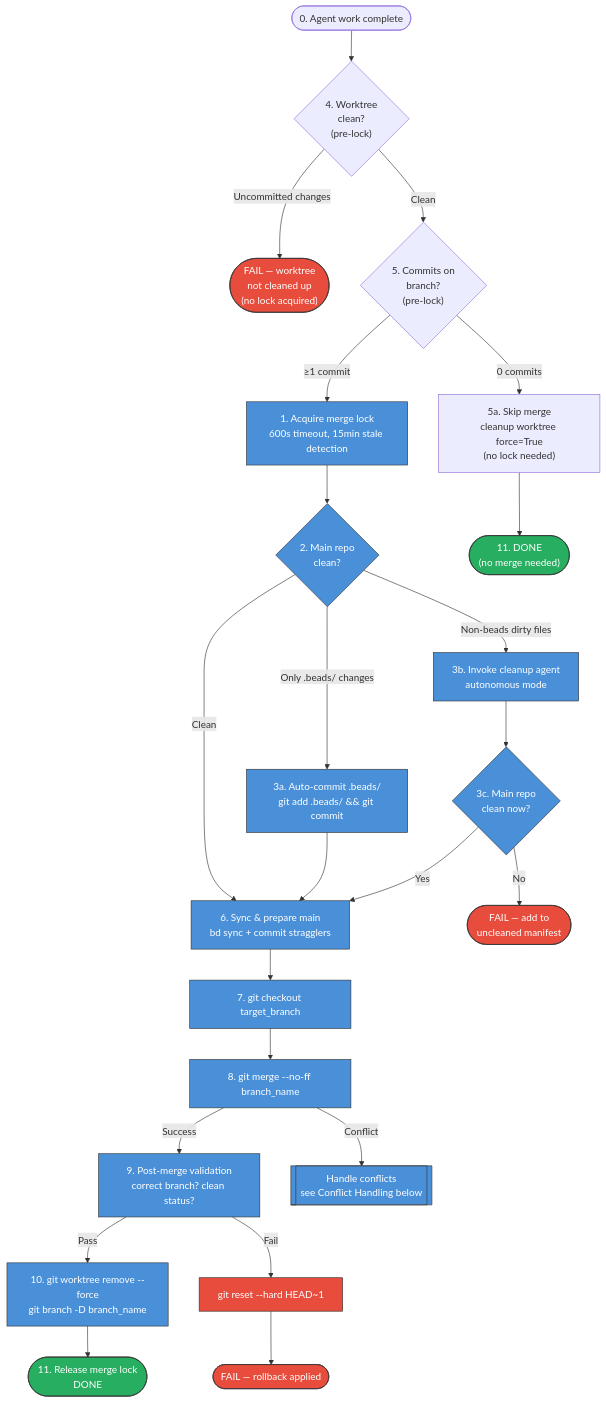
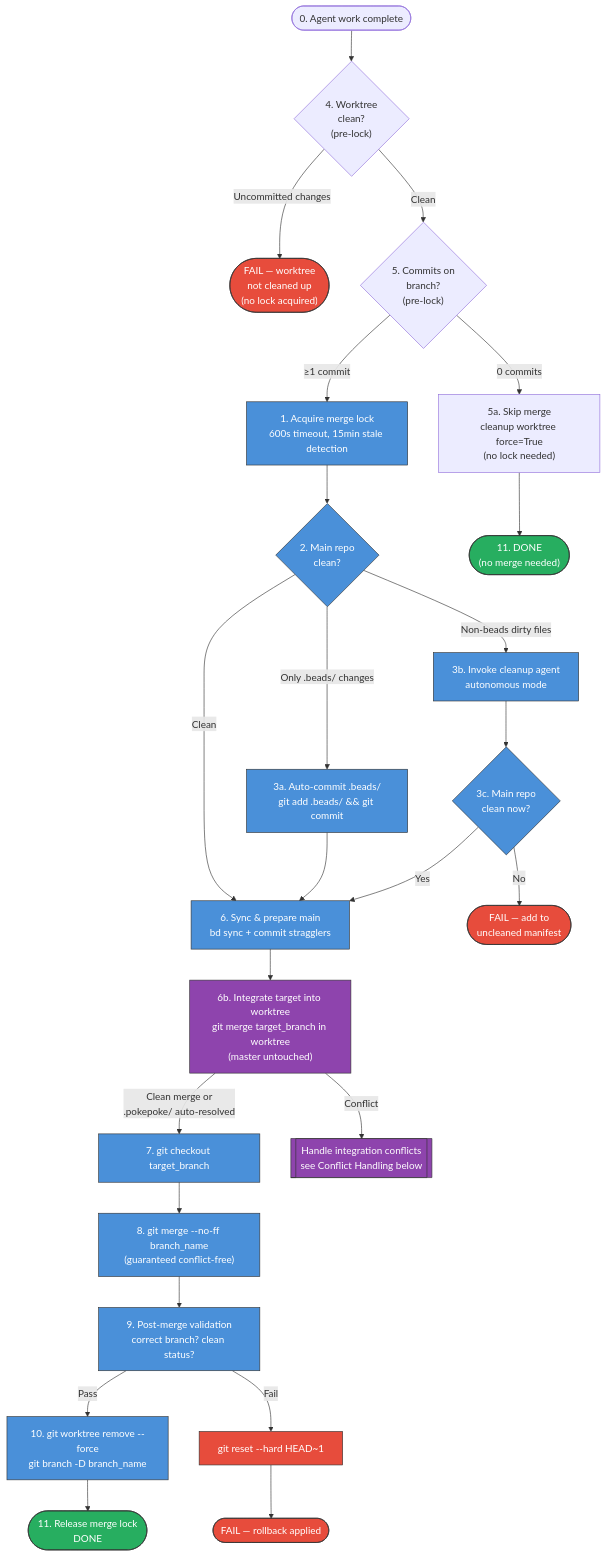
The first of 5 diagrams in docs/merge-workflow.md (AmeliaRose802/PokePoke), drawn with Mermaid before and after one commit. The commit also changed other lines of this file, not shown here.

First line of the commit message:
docs: update merge-workflow diagrams for pre-merge integration step

````diff
--- a/docs/merge-workflow.md
+++ b/docs/merge-workflow.md
@@ -15,59 +16,65 @@
 ```mermaid
 flowchart TD
     START(["0. Agent work complete"]) --> WT_CHECK{"4. Worktree<br/>clean?<br/>(pre-lock)"}
 
     WT_CHECK -- "Uncommitted changes" --> FAIL_WT(["FAIL — worktree<br/>not cleaned up<br/>(no lock acquired)"])
     WT_CHECK -- Clean --> COMMIT_COUNT{"5. Commits on<br/>branch?<br/>(pre-lock)"}
 
     COMMIT_COUNT -- "0 commits" --> SKIP_MERGE["5a. Skip merge<br/>cleanup worktree force=True<br/>(no lock needed)"]
     COMMIT_COUNT -- "≥1 commit" --> LOCK["1. Acquire merge lock<br/>600s timeout, 15min stale detection"]
 
     LOCK --> MAIN_CHECK{"2. Main repo<br/>clean?"}
 
     MAIN_CHECK -- "Only .beads/ changes" --> AUTO_BEADS["3a. Auto-commit .beads/<br/>git add .beads/ && git commit"]
     MAIN_CHECK -- "Clean" --> SYNC
     MAIN_CHECK -- "Non-beads dirty files" --> CLEANUP_AGENT["3b. Invoke cleanup agent<br/>autonomous mode"]
 
     AUTO_BEADS --> SYNC
 
     CLEANUP_AGENT --> RECHECK{"3c. Main repo<br/>clean now?"}
     RECHECK -- Yes --> SYNC
     RECHECK -- No --> FAIL_DIRTY(["FAIL — add to<br/>uncleaned manifest"])
 
-    SYNC["6. Sync & prepare main<br/>bd sync + commit stragglers"] --> CHECKOUT["7. git checkout target_branch"]
-    CHECKOUT --> MERGE["8. git merge --no-ff branch_name"]
+    SYNC["6. Sync & prepare main<br/>bd sync + commit stragglers"] --> INTEGRATE["6b. Integrate target into worktree<br/>git merge target_branch in worktree<br/>(master untouched)"]
 
-    MERGE -- Success --> VALIDATE["9. Post-merge validation<br/>correct branch? clean status?"]
-    MERGE -- Conflict --> CONFLICT_FLOW[["Handle conflicts<br/>see Conflict Handling below"]]
+    INTEGRATE -- "Clean merge or<br/>.pokepoke/ auto-resolved" --> CHECKOUT["7. git checkout target_branch"]
+    INTEGRATE -- "Conflict" --> INTEGRATE_FAIL[["Handle integration conflicts<br/>see Conflict Handling below"]]
+
+    CHECKOUT --> MERGE["8. git merge --no-ff branch_name<br/>(guaranteed conflict-free)"]
+
+    MERGE --> VALIDATE["9. Post-merge validation<br/>correct branch? clean status?"]
 
     VALIDATE -- Pass --> CLEANUP_WT["10. git worktree remove --force<br/>git branch -D branch_name"]
     VALIDATE -- Fail --> ROLLBACK_V["git reset --hard HEAD~1"]
 
     CLEANUP_WT --> RELEASE(["11. Release merge lock<br/>DONE"])
 
     ROLLBACK_V --> FAIL_MERGE(["FAIL — rollback applied"])
     SKIP_MERGE --> RELEASE_NOLOCK(["11. DONE<br/>(no merge needed)"])
 
     %% Lock held (blue) — steps 1–11 under lock
     style LOCK fill:#4a90d9,stroke:#333,color:#fff
     style MAIN_CHECK fill:#4a90d9,stroke:#333,color:#fff
     style AUTO_BEADS fill:#4a90d9,stroke:#333,color:#fff
     style CLEANUP_AGENT fill:#4a90d9,stroke:#333,color:#fff
     style RECHECK fill:#4a90d9,stroke:#333,color:#fff
     style SYNC fill:#4a90d9,stroke:#333,color:#fff
     style CHECKOUT fill:#4a90d9,stroke:#333,color:#fff
     style MERGE fill:#4a90d9,stroke:#333,color:#fff
-    style CONFLICT_FLOW fill:#4a90d9,stroke:#333,color:#fff
     style VALIDATE fill:#4a90d9,stroke:#333,color:#fff
     style CLEANUP_WT fill:#4a90d9,stroke:#333,color:#fff
+
+    %% Pre-merge integration (purple) — in worktree, under lock
+    style INTEGRATE fill:#8e44ad,stroke:#333,color:#fff
+    style INTEGRATE_FAIL fill:#8e44ad,stroke:#333,color:#fff
 
     %% Failure exits (red) — lock released on exit
     style FAIL_DIRTY fill:#e74c3c,stroke:#333,color:#fff
     style FAIL_WT fill:#e74c3c,stroke:#333,color:#fff
     style FAIL_MERGE fill:#e74c3c,stroke:#333,color:#fff
     style ROLLBACK_V fill:#e74c3c,stroke:#333,color:#fff
 
     %% Success terminal (green)
     style RELEASE fill:#27ae60,stroke:#333,color:#fff
     style RELEASE_NOLOCK fill:#27ae60,stroke:#333,color:#fff
 ```
````
